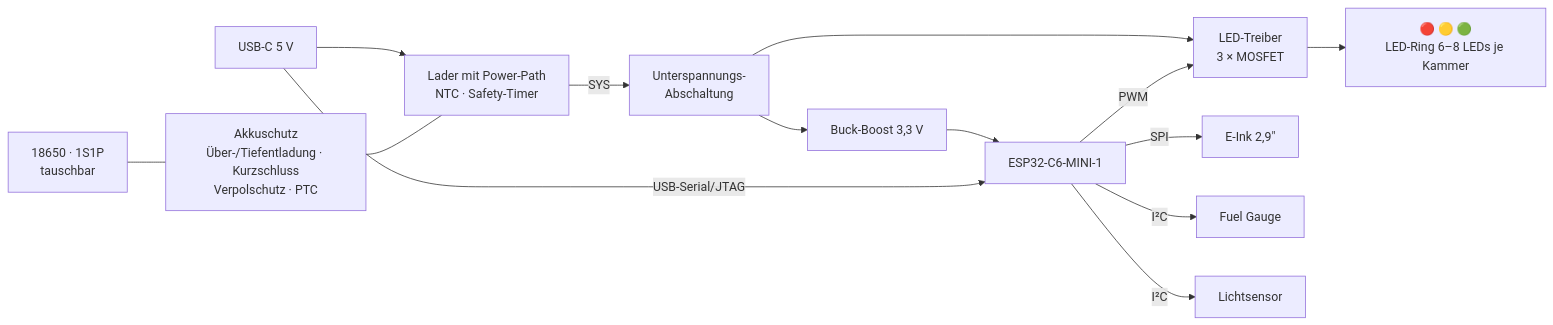
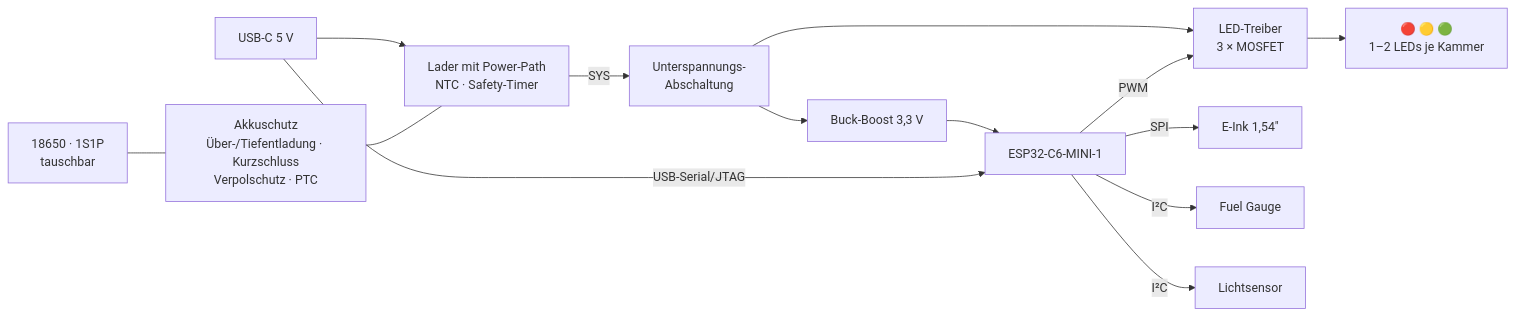
The second of 2 diagrams in README.md (padalton/doormutex), drawn with Mermaid before and after one commit. The commit also changed other lines of this file and 1 other file, not shown here.

First line of the commit message:
Kompakte Ampel mit 1,54"-E-Ink statt großer 2,9"-Variante

````diff
--- a/README.md
+++ b/README.md
@@ -352,16 +355,16 @@
 ```mermaid
 flowchart LR
   usb["USB-C 5 V"] --> chg["Lader mit Power-Path<br/>NTC · Safety-Timer"]
   cell["18650 · 1S1P<br/>tauschbar"] --- prot["Akkuschutz<br/>Über-/Tiefentladung · Kurzschluss<br/>Verpolschutz · PTC"]
   prot --- chg
   chg -->|SYS| uvlo["Unterspannungs-<br/>Abschaltung"]
   uvlo --> reg["Buck-Boost 3,3 V"]
   reg --> mcu["ESP32-C6-MINI-1"]
   uvlo --> led["LED-Treiber<br/>3 × MOSFET"]
   mcu -->|PWM| led
-  led --> lamps["🔴 🟡 🟢<br/>LED-Ring 6–8 LEDs je Kammer"]
-  mcu -->|SPI| epd["E-Ink 2,9″"]
+  led --> lamps["🔴 🟡 🟢<br/>1–2 LEDs je Kammer"]
+  mcu -->|SPI| epd["E-Ink 1,54″"]
   mcu -->|I²C| gauge["Fuel Gauge"]
   mcu -->|I²C| als["Lichtsensor"]
   usb -->|USB-Serial/JTAG| mcu
 ```
````
